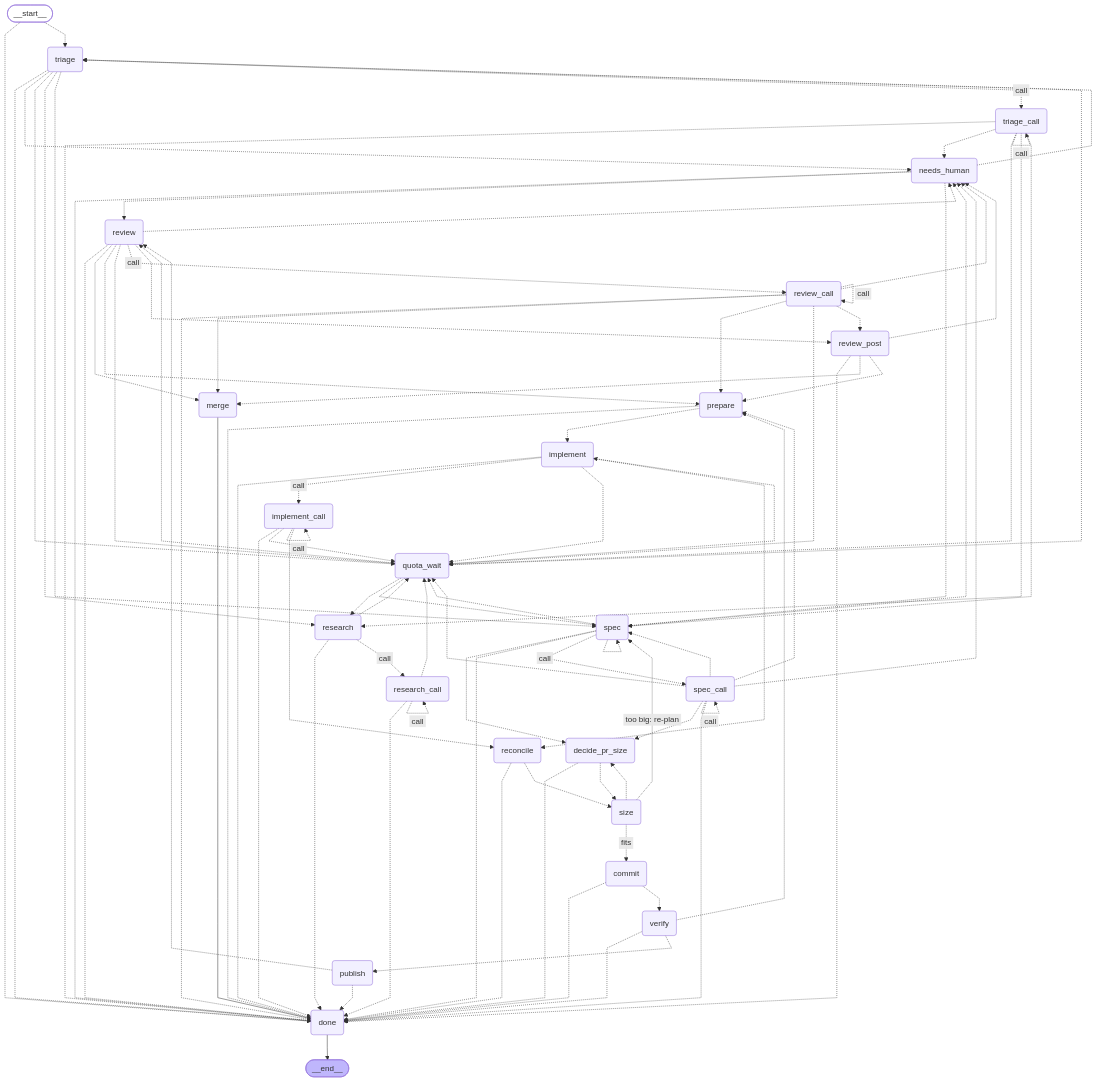
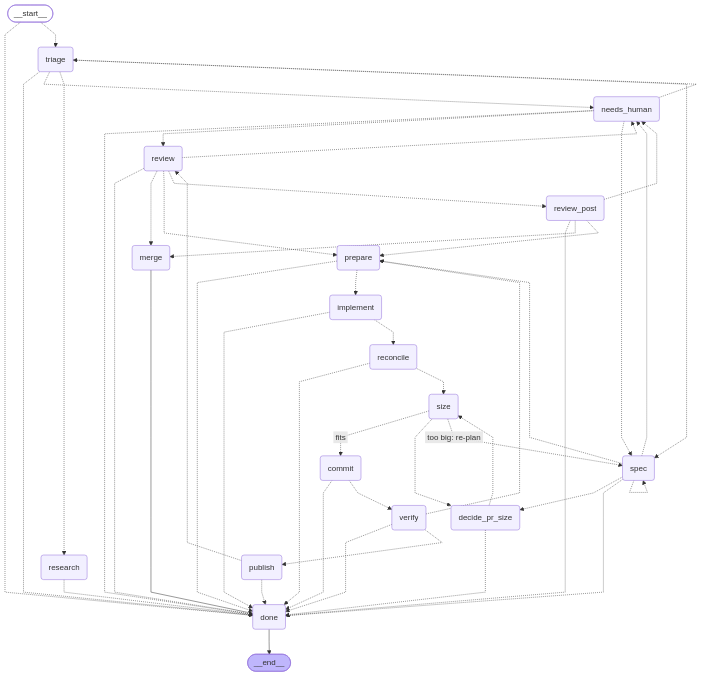
Before and after one commit to bookout-labs/tools: the diagram in docs/graph/delivery.mmd, drawn with Mermaid. The commit also changed 55 other files, not shown here.

```diff
--- a/docs/graph/delivery.mmd
+++ b/docs/graph/delivery.mmd
@@ -1,119 +1,72 @@
 ---
 config:
   flowchart:
     curve: linear
 ---
 graph TD;
 	__start__([<p>__start__</p>]):::first
 	triage(triage)
-	triage_call(triage_call)
 	research(research)
-	research_call(research_call)
 	spec(spec)
-	spec_call(spec_call)
 	implement(implement)
-	implement_call(implement_call)
 	review(review)
-	review_call(review_call)
 	verify(verify)
 	prepare(prepare)
 	reconcile(reconcile)
 	size(size)
 	commit(commit)
 	publish(publish)
 	review_post(review_post)
 	needs_human(needs_human)
-	quota_wait(quota_wait)
 	decide_pr_size(decide_pr_size)
 	merge(merge)
 	done(done)
 	__end__([<p>__end__</p>]):::last
 	__start__ -.-> done;
 	__start__ -.-> triage;
 	commit -.-> done;
 	commit -.-> verify;
 	decide_pr_size -.-> done;
 	decide_pr_size -.-> size;
 	implement -.-> done;
-	implement -. &nbsp;call&nbsp; .-> implement_call;
-	implement -.-> quota_wait;
 	implement -.-> reconcile;
-	implement_call -.-> done;
-	implement_call -.-> quota_wait;
-	implement_call -.-> reconcile;
 	merge --> done;
 	needs_human -.-> done;
 	needs_human -.-> review;
 	needs_human -.-> spec;
 	needs_human -.-> triage;
 	prepare -.-> done;
 	prepare -.-> implement;
 	publish -.-> done;
 	publish -.-> review;
-	quota_wait -.-> implement;
-	quota_wait -.-> research;
-	quota_wait -.-> review;
-	quota_wait -.-> spec;
-	quota_wait -.-> triage;
 	reconcile -.-> done;
 	reconcile -.-> size;
 	research -.-> done;
-	research -.-> quota_wait;
-	research -. &nbsp;call&nbsp; .-> research_call;
-	research_call -.-> done;
-	research_call -.-> quota_wait;
 	review -.-> done;
 	review -.-> merge;
 	review -.-> needs_human;
 	review -.-> prepare;
-	review -.-> quota_wait;
-	review -. &nbsp;call&nbsp; .-> review_call;
 	review -.-> review_post;
-	review_call -.-> done;
-	review_call -.-> merge;
-	review_call -.-> needs_human;
-	review_call -.-> prepare;
-	review_call -.-> quota_wait;
-	review_call -.-> review_post;
 	review_post -.-> done;
 	review_post -.-> merge;
 	review_post -.-> needs_human;
 	review_post -.-> prepare;
 	size -. &nbsp;fits&nbsp; .-> commit;
 	size -.-> decide_pr_size;
 	size -. &nbsp;too big: re-plan&nbsp; .-> spec;
 	spec -.-> decide_pr_size;
 	spec -.-> done;
 	spec -.-> needs_human;
-	spec -.-> quota_wait;
-	spec -. &nbsp;call&nbsp; .-> spec_call;
-	spec_call -.-> decide_pr_size;
-	spec_call -.-> done;
-	spec_call -.-> needs_human;
-	spec_call -.-> prepare;
-	spec_call -.-> quota_wait;
-	spec_call -.-> spec;
+	spec -.-> prepare;
 	triage -.-> done;
 	triage -.-> needs_human;
-	triage -.-> quota_wait;
 	triage -.-> research;
 	triage -.-> spec;
-	triage -. &nbsp;call&nbsp; .-> triage_call;
-	triage_call -.-> done;
-	triage_call -.-> needs_human;
-	triage_call -.-> quota_wait;
-	triage_call -.-> research;
-	triage_call -.-> spec;
 	verify -.-> done;
 	verify -.-> prepare;
 	verify -.-> publish;
 	done --> __end__;
-	implement_call -. &nbsp;call&nbsp; .-> implement_call;
-	research_call -. &nbsp;call&nbsp; .-> research_call;
-	review_call -. &nbsp;call&nbsp; .-> review_call;
 	spec -.-> spec;
-	spec_call -. &nbsp;call&nbsp; .-> spec_call;
-	triage_call -. &nbsp;call&nbsp; .-> triage_call;
 	classDef default fill:#f2f0ff,line-height:1.2
 	classDef first fill-opacity:0
 	classDef last fill:#bfb6fc
```
